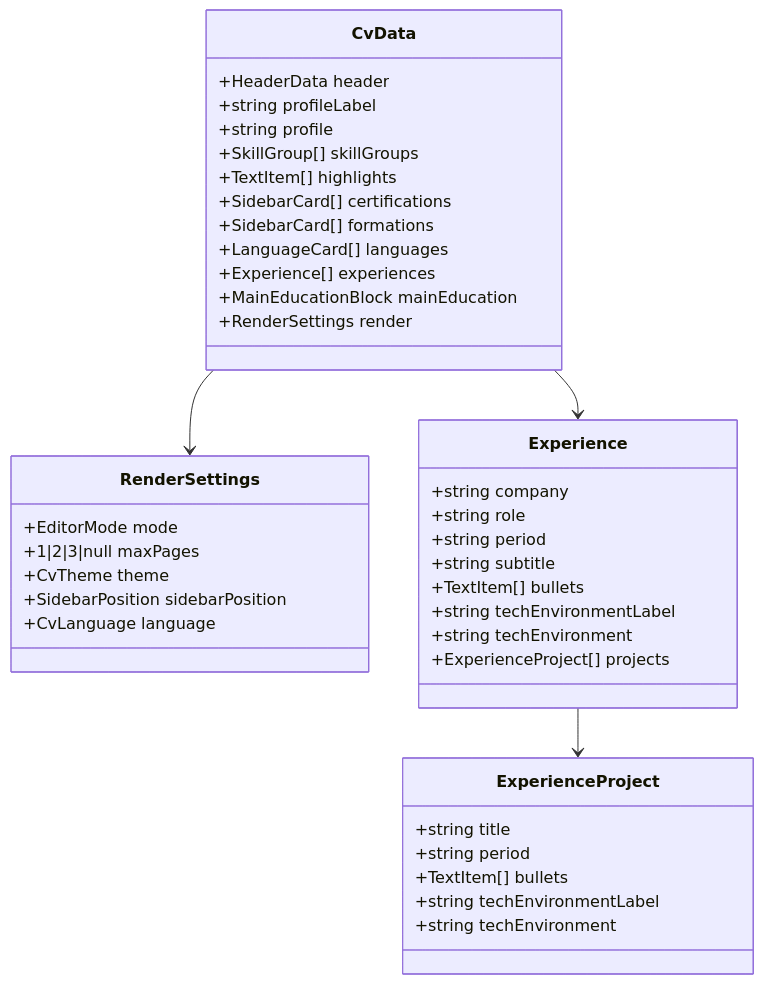
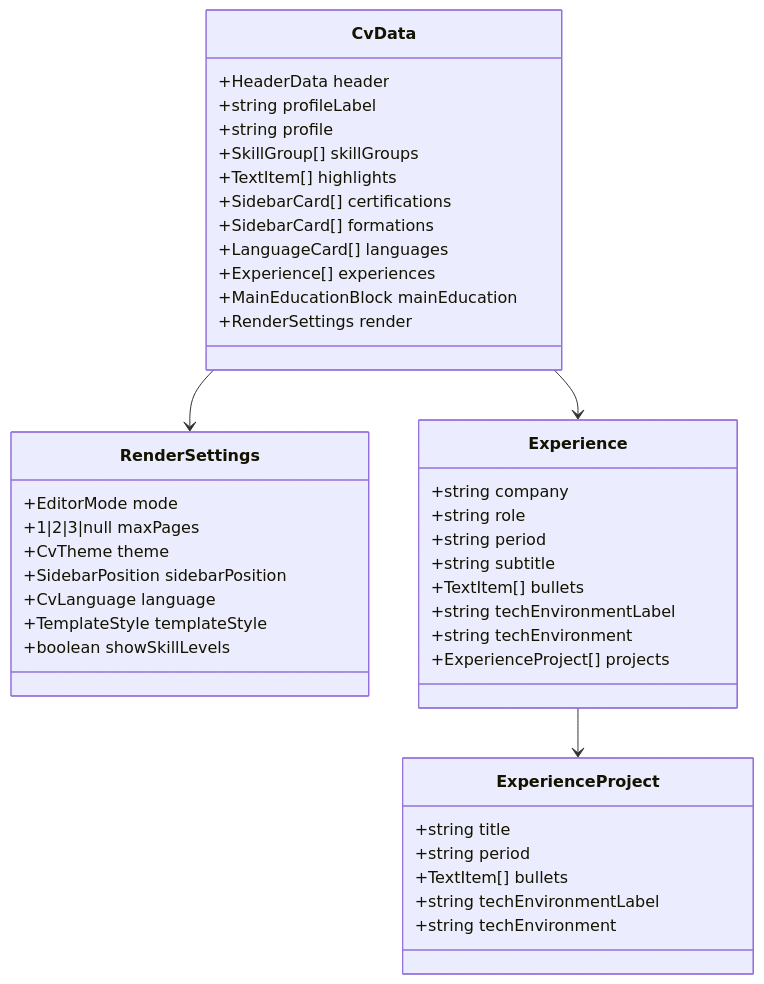
Before and after one commit to ClementV78/cv-generator-mcp: the third of 8 diagrams in APPLICATION_ARCHITECTURE_CV_GENERATOR.md, drawn with Mermaid. The commit also changed other lines of this file and 1 other file, not shown here.

Commit message:
docs: update template style and render settings docs

````diff
--- a/APPLICATION_ARCHITECTURE_CV_GENERATOR.md
+++ b/APPLICATION_ARCHITECTURE_CV_GENERATOR.md
@@ -253,47 +256,49 @@
 ```mermaid
 classDiagram
     class CvData {
       +HeaderData header
       +string profileLabel
       +string profile
       +SkillGroup[] skillGroups
       +TextItem[] highlights
       +SidebarCard[] certifications
       +SidebarCard[] formations
       +LanguageCard[] languages
       +Experience[] experiences
       +MainEducationBlock mainEducation
       +RenderSettings render
     }
 
     class RenderSettings {
       +EditorMode mode
       +1|2|3|null maxPages
       +CvTheme theme
       +SidebarPosition sidebarPosition
       +CvLanguage language
+      +TemplateStyle templateStyle
+      +boolean showSkillLevels
     }
 
     class Experience {
       +string company
       +string role
       +string period
       +string subtitle
       +TextItem[] bullets
       +string techEnvironmentLabel
       +string techEnvironment
       +ExperienceProject[] projects
     }
 
     class ExperienceProject {
       +string title
       +string period
       +TextItem[] bullets
       +string techEnvironmentLabel
       +string techEnvironment
     }
 
     CvData --> RenderSettings
     CvData --> Experience
     Experience --> ExperienceProject
 ```
````
